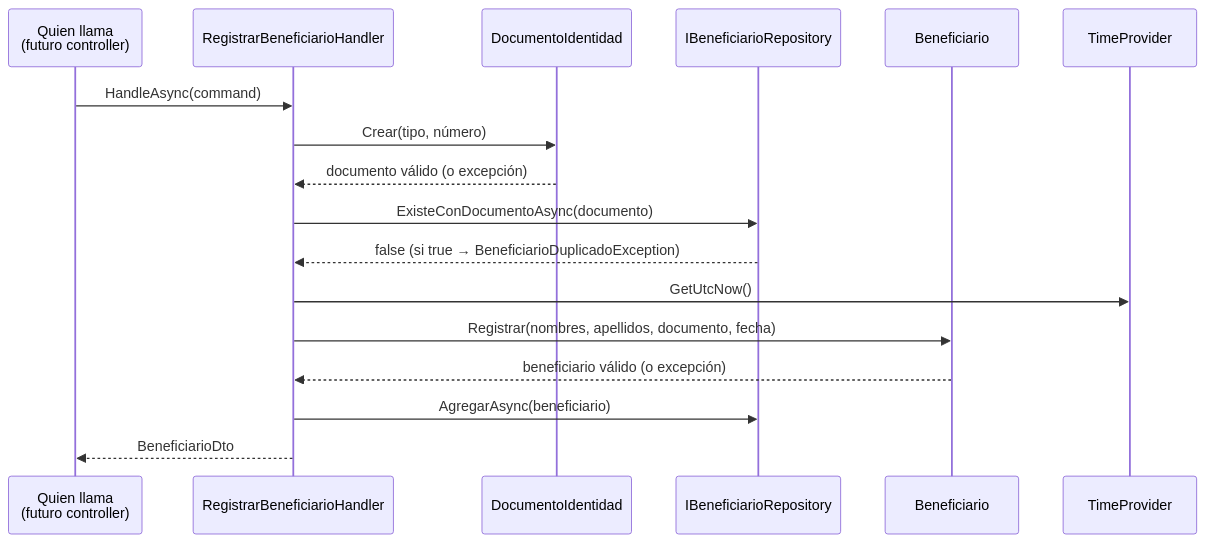
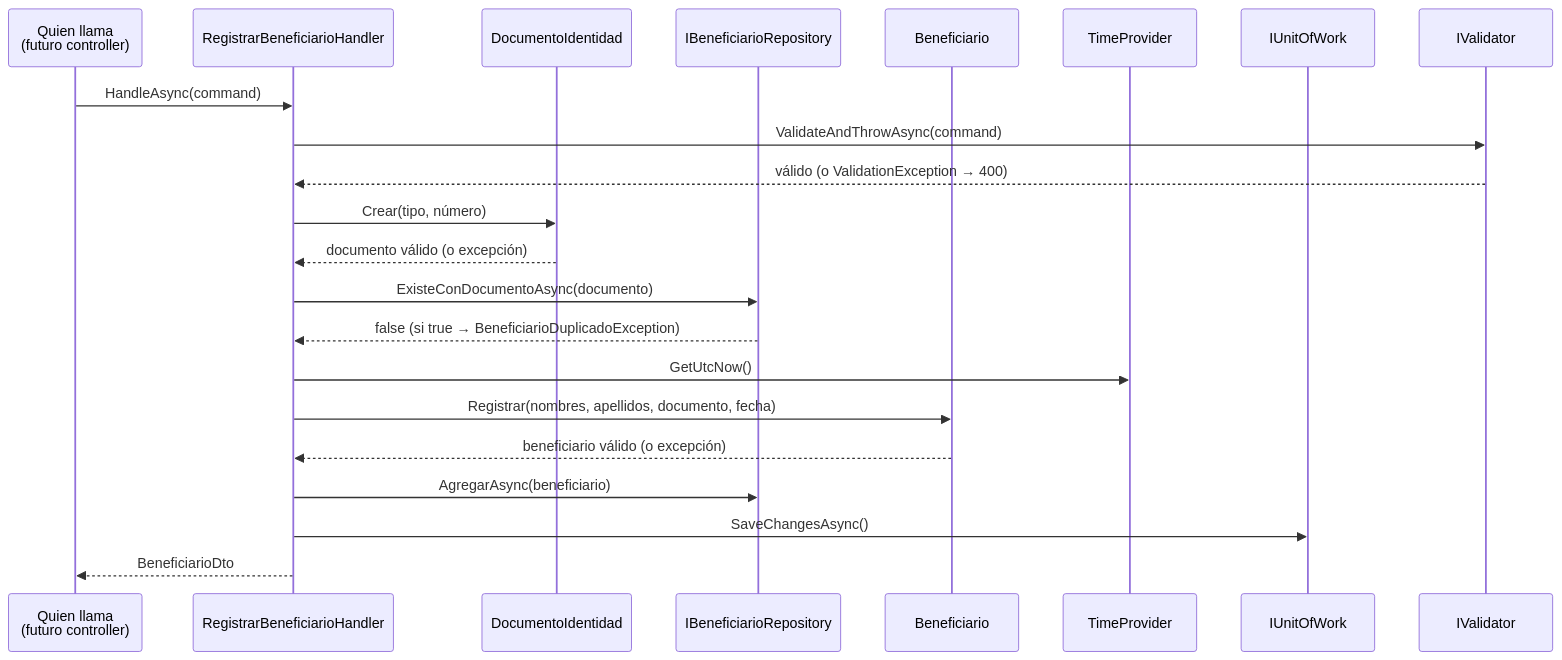
One commit to dalza1601/social-management changed the third of 4 diagrams in docs/sessions/session-02.md. Above: the diagram before and after it, drawn with Mermaid. The commit also changed other lines of this file and 131 other files, not shown here.

````diff
--- a/docs/sessions/session-02.md
+++ b/docs/sessions/session-02.md
@@ -167,20 +294,25 @@
 ```mermaid
 sequenceDiagram
     participant C as Quien llama<br/>(futuro controller)
     participant H as RegistrarBeneficiarioHandler
     participant VO as DocumentoIdentidad
     participant R as IBeneficiarioRepository
     participant E as Beneficiario
     participant T as TimeProvider
+    participant U as IUnitOfWork
+    participant V as IValidator
 
     C->>H: HandleAsync(command)
+    H->>V: ValidateAndThrowAsync(command)
+    V-->>H: válido (o ValidationException → 400)
     H->>VO: Crear(tipo, número)
     VO-->>H: documento válido (o excepción)
     H->>R: ExisteConDocumentoAsync(documento)
     R-->>H: false (si true → BeneficiarioDuplicadoException)
     H->>T: GetUtcNow()
     H->>E: Registrar(nombres, apellidos, documento, fecha)
     E-->>H: beneficiario válido (o excepción)
     H->>R: AgregarAsync(beneficiario)
+    H->>U: SaveChangesAsync()
     H-->>C: BeneficiarioDto
 ```
````
